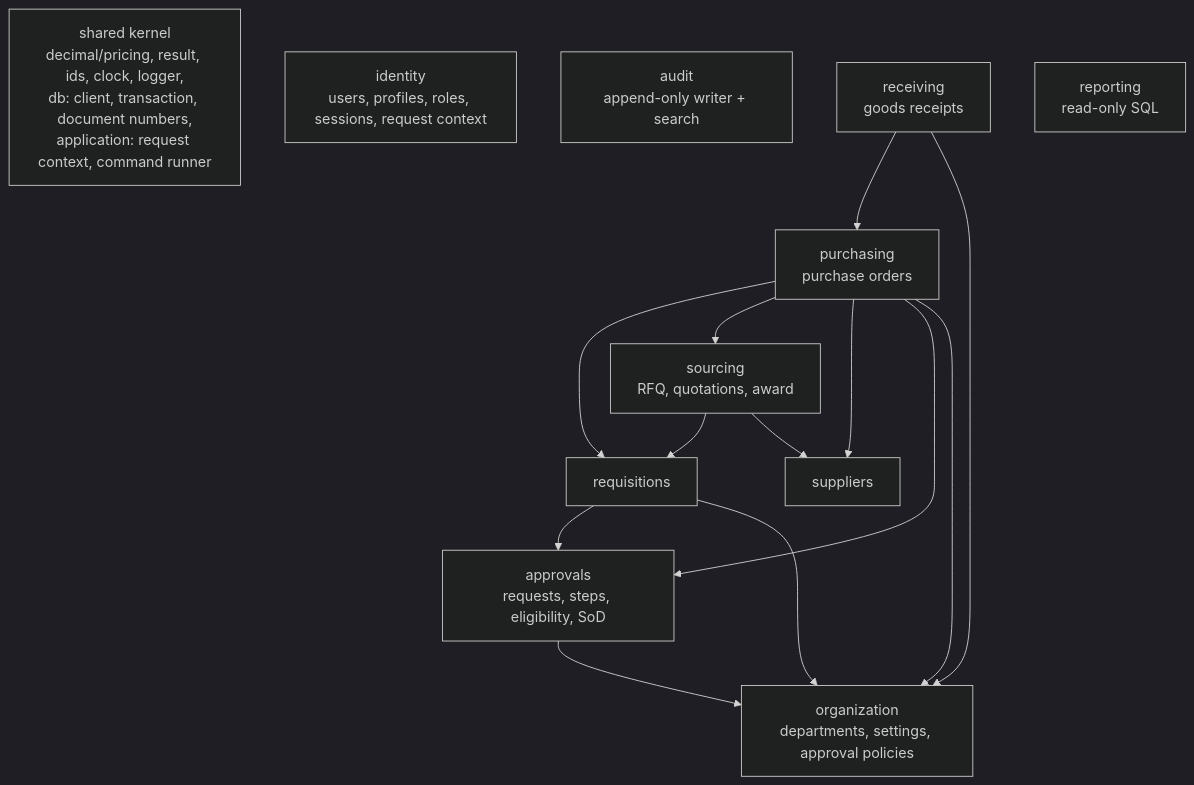
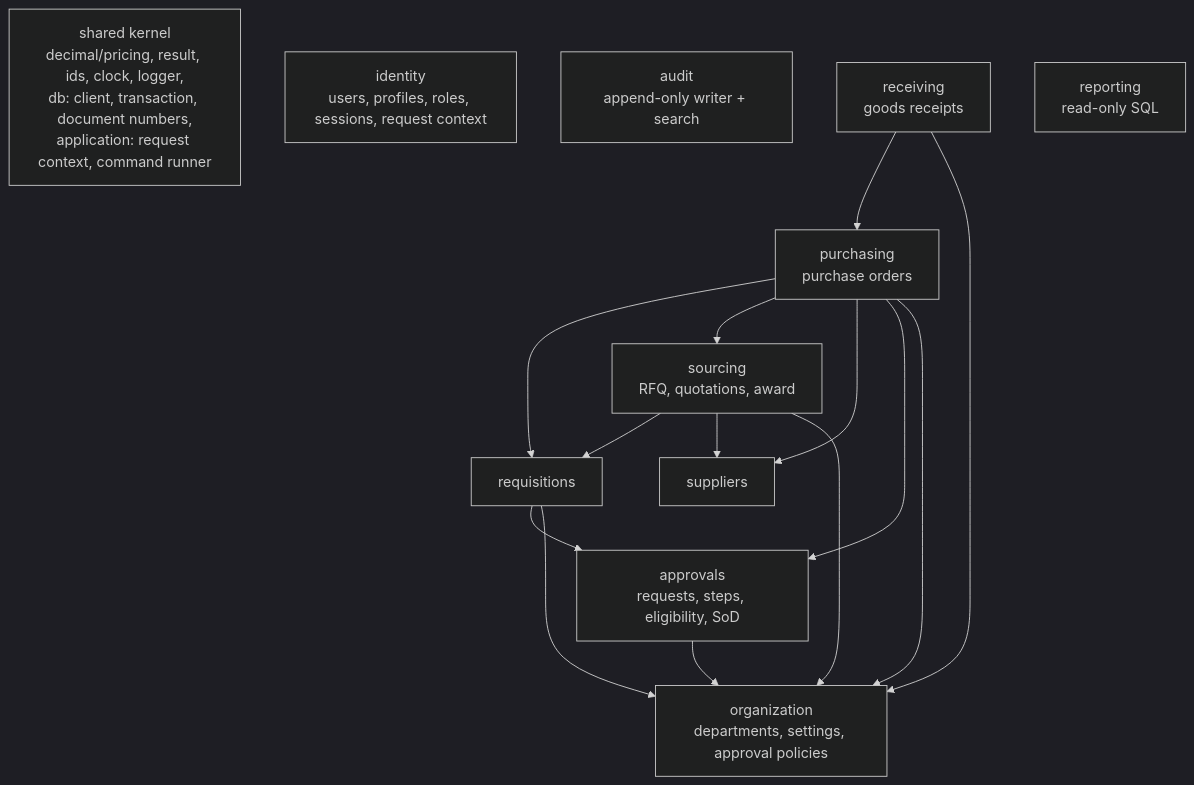
The second of 3 diagrams in docs/architecture.md (sahrultahta/Procurement-Smart), drawn with Mermaid (dark theme) before and after one commit. The commit also changed other lines of this file and 55 other files, not shown here.

````diff
--- a/docs/architecture.md
+++ b/docs/architecture.md
@@ -20,20 +20,20 @@
 ```mermaid
 flowchart TD
   shared[shared kernel<br/>decimal/pricing, result, ids, clock, logger,<br/>db: client, transaction, document numbers,<br/>application: request context, command runner]
   identity[identity<br/>users, profiles, roles, sessions, request context]
   audit[audit<br/>append-only writer + search]
   org[organization<br/>departments, settings, approval policies]
   approvals[approvals<br/>requests, steps, eligibility, SoD]
   suppliers[suppliers]
   requisitions[requisitions]
   sourcing[sourcing<br/>RFQ, quotations, award]
   purchasing[purchasing<br/>purchase orders]
   receiving[receiving<br/>goods receipts]
   reporting[reporting<br/>read-only SQL]
 
   approvals --> org
   requisitions --> approvals & org
-  sourcing --> requisitions & suppliers
+  sourcing --> requisitions & suppliers & org
   purchasing --> requisitions & sourcing & suppliers & approvals & org
   receiving --> purchasing & org
 ```
````
